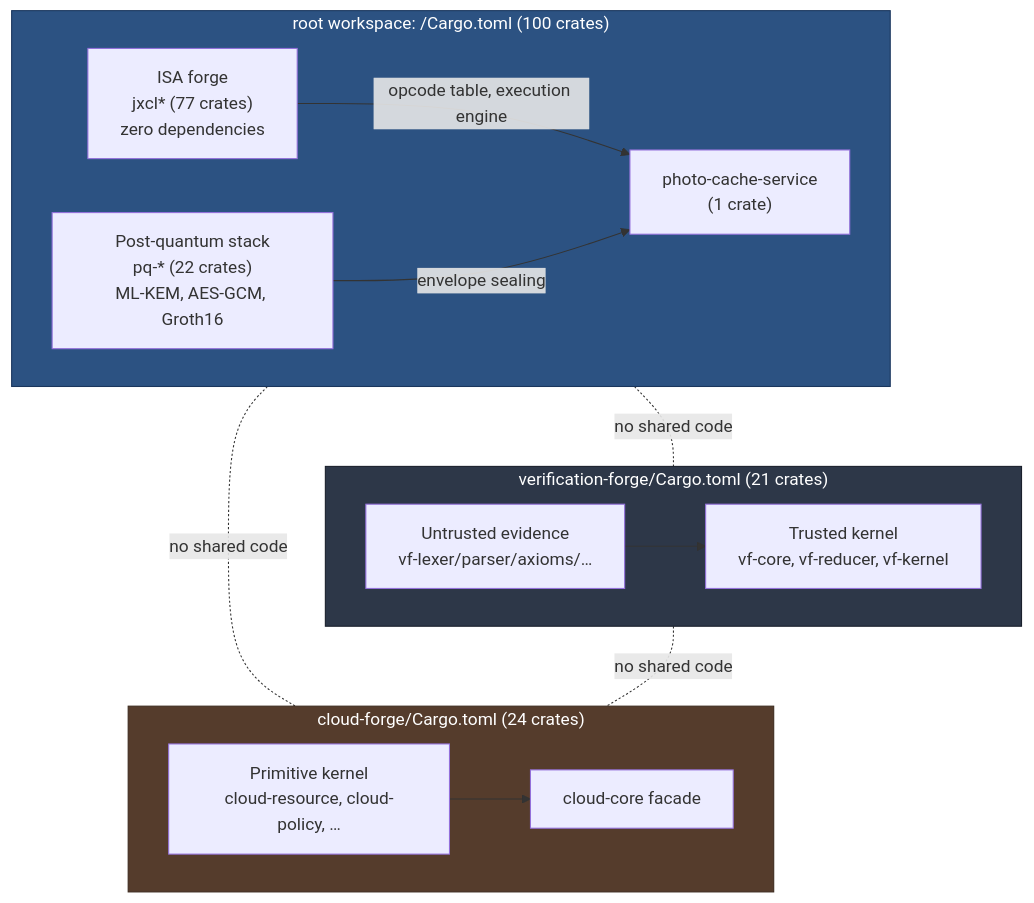
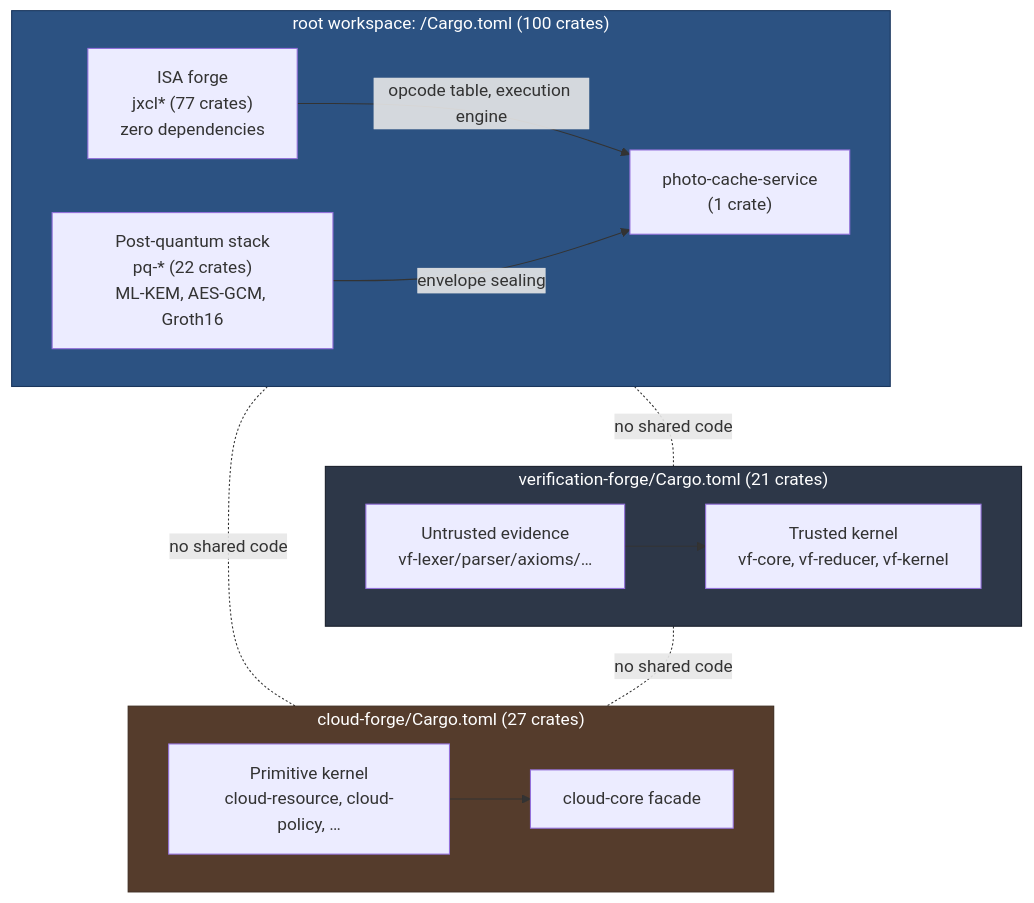
One commit to SNAPKITTYAGENT9NOVA/tlm-jxcl-forge changed the first of 5 diagrams in README.md. Above: the diagram before and after it, drawn with Mermaid. The commit also changed other lines of this file and 9 other files, not shown here.

First line of the commit message:
cloud-forge: Phase 6, database primitives

````diff
--- a/README.md
+++ b/README.md
@@ -69,33 +69,33 @@
 ```mermaid
 flowchart TB
     subgraph ROOT["root workspace: /Cargo.toml (100 crates)"]
         direction LR
         isa["ISA forge<br/>jxcl* (77 crates)<br/>zero dependencies"]
         pq["Post-quantum stack<br/>pq-* (22 crates)<br/>ML-KEM, AES-GCM, Groth16"]
         svc["photo-cache-service<br/>(1 crate)"]
         isa -->|opcode table, execution engine| svc
         pq -->|envelope sealing| svc
     end
 
     subgraph VF["verification-forge/Cargo.toml (21 crates)"]
         direction LR
         vfk["Trusted kernel<br/>vf-core, vf-reducer, vf-kernel"]
         vfe["Untrusted evidence<br/>vf-lexer/parser/axioms/…"]
         vfe --> vfk
     end
 
-    subgraph CF["cloud-forge/Cargo.toml (24 crates)"]
+    subgraph CF["cloud-forge/Cargo.toml (27 crates)"]
         direction LR
         cfk["Primitive kernel<br/>cloud-resource, cloud-policy, …"]
         cfc["cloud-core facade"]
         cfk --> cfc
     end
 
     ROOT -.no shared code.- VF
     ROOT -.no shared code.- CF
     VF -.no shared code.- CF
 
     style ROOT fill:#2c5282,color:#fff,stroke:#1a365d
     style VF fill:#2d3748,color:#fff,stroke:#1a202c
     style CF fill:#553c2c,color:#fff,stroke:#3d2b1f
 ```
````
